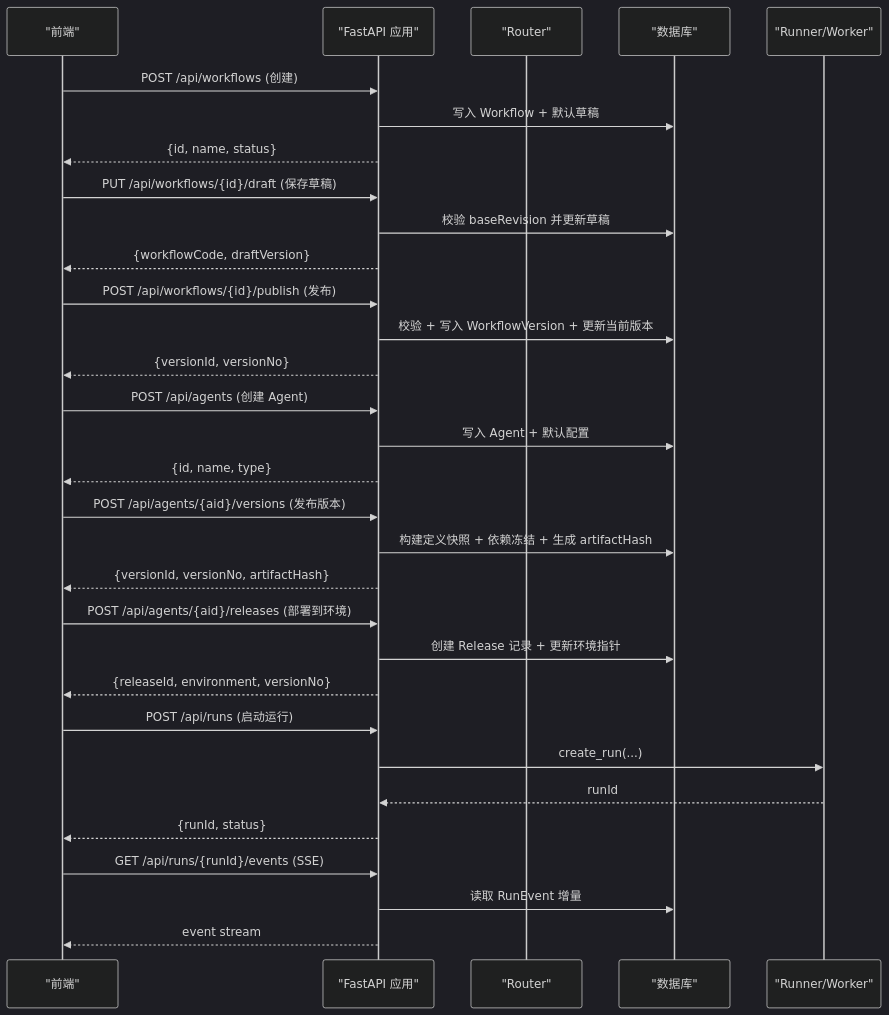
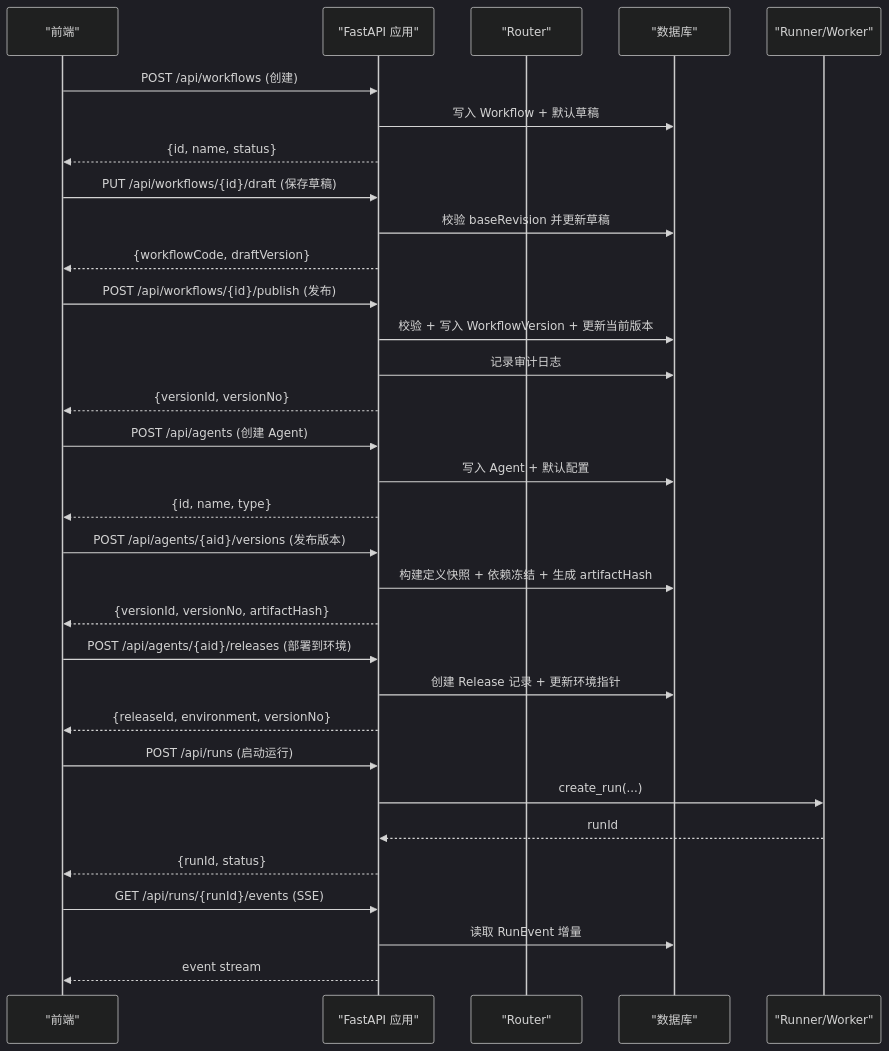
The first of 3 diagrams in .qoder/repowiki/zh/content/后端架构与 API.md (huiliuxu780/MoreThanCorn), drawn with Mermaid (dark theme) before and after one commit. The commit also changed other lines of this file and 125 other files, not shown here.

````diff
--- a/.qoder/repowiki/zh/content/后端架构与 API.md
+++ b/.qoder/repowiki/zh/content/后端架构与 API.md
@@ -38,33 +60,34 @@
 ```mermaid
 sequenceDiagram
 participant FE as "前端"
 participant API as "FastAPI 应用"
 participant R as "Router"
 participant DB as "数据库"
 participant W as "Runner/Worker"
 FE->>API : POST /api/workflows (创建)
 API->>DB : 写入 Workflow + 默认草稿
 API-->>FE : {id, name, status}
 FE->>API : PUT /api/workflows/{id}/draft (保存草稿)
 API->>DB : 校验 baseRevision 并更新草稿
 API-->>FE : {workflowCode, draftVersion}
 FE->>API : POST /api/workflows/{id}/publish (发布)
 API->>DB : 校验 + 写入 WorkflowVersion + 更新当前版本
+API->>DB : 记录审计日志
 API-->>FE : {versionId, versionNo}
 FE->>API : POST /api/agents (创建 Agent)
 API->>DB : 写入 Agent + 默认配置
 API-->>FE : {id, name, type}
 FE->>API : POST /api/agents/{aid}/versions (发布版本)
 API->>DB : 构建定义快照 + 依赖冻结 + 生成 artifactHash
 API-->>FE : {versionId, versionNo, artifactHash}
 FE->>API : POST /api/agents/{aid}/releases (部署到环境)
 API->>DB : 创建 Release 记录 + 更新环境指针
 API-->>FE : {releaseId, environment, versionNo}
 FE->>API : POST /api/runs (启动运行)
 API->>W : create_run(...)
 W-->>API : runId
 API-->>FE : {runId, status}
 FE->>API : GET /api/runs/{runId}/events (SSE)
 API->>DB : 读取 RunEvent 增量
 API-->>FE : event stream
 ```
````
